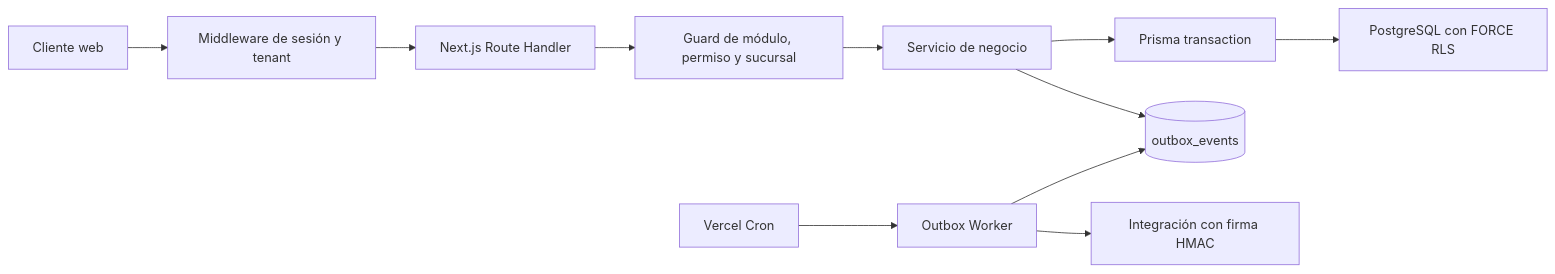
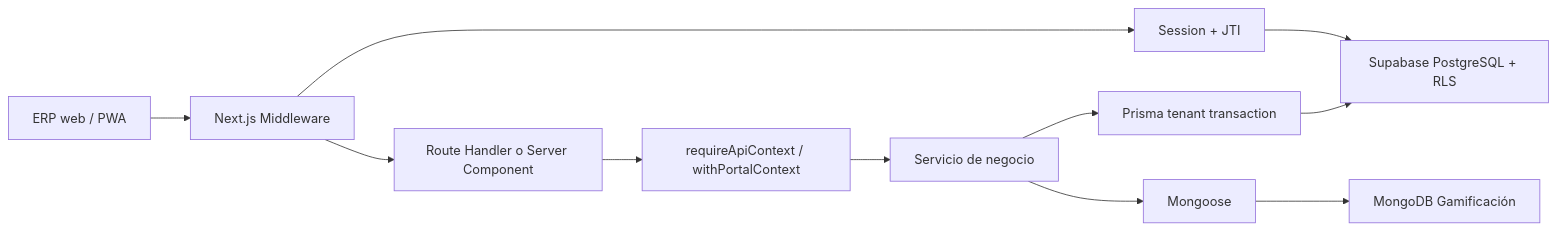
The first of 2 diagrams in ARCHITECTURE.md (AanV03/The-Tower-Power-ERP), drawn with Mermaid before and after one commit. The commit also changed other lines of this file and 1 other file, not shown here.

````diff
--- a/ARCHITECTURE.md
+++ b/ARCHITECTURE.md
@@ -37,13 +53,13 @@
 ```mermaid
 flowchart LR
-    Client["Cliente web"] --> Middleware["Middleware de sesión y tenant"]
-    Middleware --> Handler["Next.js Route Handler"]
-    Handler --> Guard["Guard de módulo, permiso y sucursal"]
-    Guard --> Service["Servicio de negocio"]
-    Service --> Transaction["Prisma transaction"]
-    Transaction --> RLS["PostgreSQL con FORCE RLS"]
-    Service --> Outbox[("outbox_events")]
-    Cron["Vercel Cron"] --> Worker["Outbox Worker"]
-    Worker --> Outbox
-    Worker --> Webhook["Integración con firma HMAC"]
+    UI["ERP web / PWA"] --> MW["Next.js Middleware"]
+    MW --> RH["Route Handler o Server Component"]
+    RH --> GUARD["requireApiContext / withPortalContext"]
+    GUARD --> SERVICE["Servicio de negocio"]
+    SERVICE --> PTX["Prisma tenant transaction"]
+    PTX --> RLS["Supabase PostgreSQL + RLS"]
+    SERVICE --> MONGO["Mongoose"]
+    MONGO --> GAMEDB["MongoDB Gamificación"]
+    MW --> SESSION["Session + JTI"]
+    SESSION --> RLS
 ```
````
